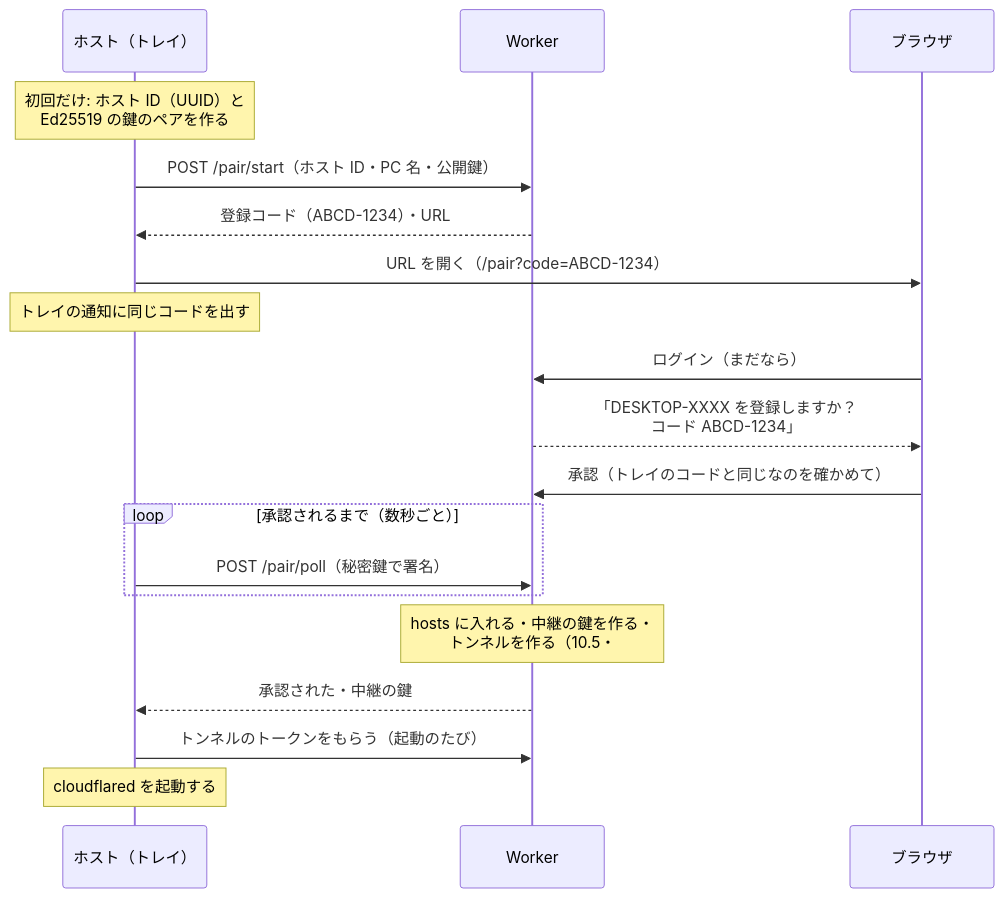
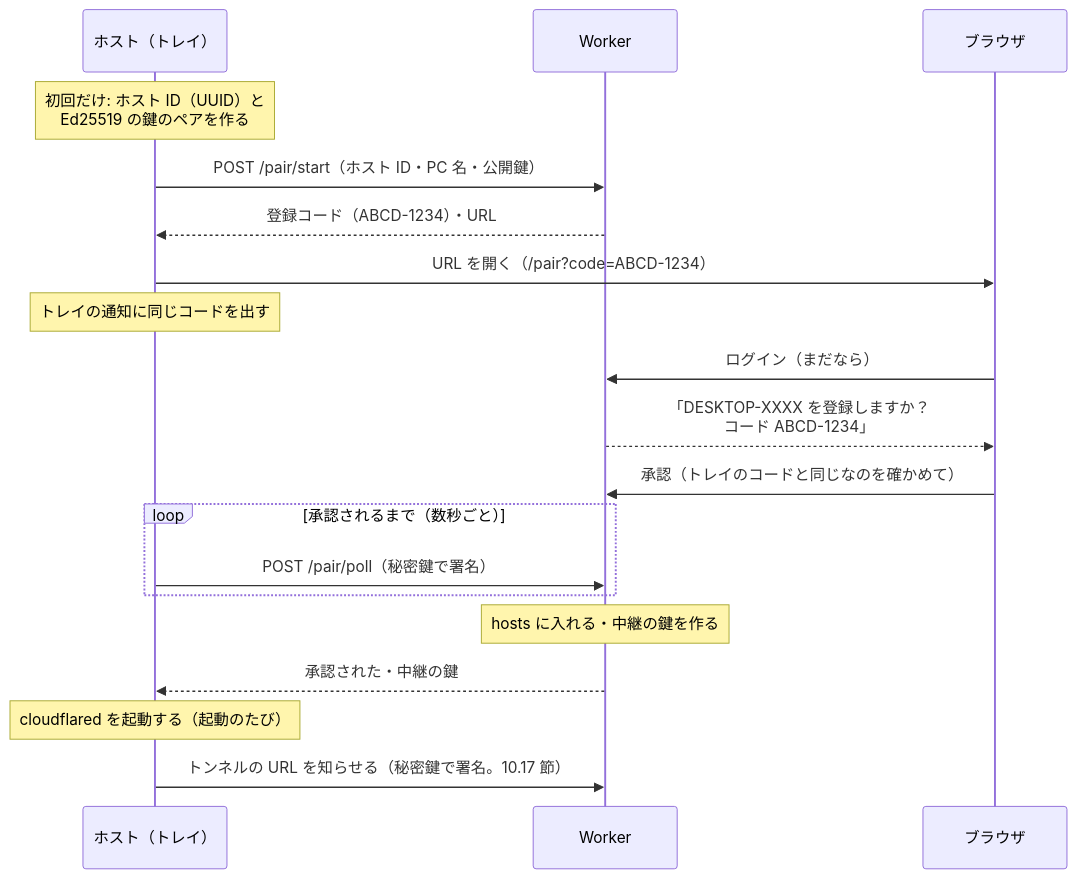
The second of 3 diagrams in docs/spec/cloud.md (Studio-Takumi/remote-whisper), drawn with Mermaid before and after one commit. The commit also changed other lines of this file and 1 other file, not shown here.

````diff
--- a/docs/spec/cloud.md
+++ b/docs/spec/cloud.md
@@ -92,21 +97,21 @@
 ```mermaid
 sequenceDiagram
     participant T as ホスト（トレイ）
     participant W as Worker
     participant B as ブラウザ
     Note over T: 初回だけ: ホスト ID（UUID）と<br/>Ed25519 の鍵のペアを作る
     T->>W: POST /pair/start（ホスト ID・PC 名・公開鍵）
     W-->>T: 登録コード（ABCD-1234）・URL
     T->>B: URL を開く（/pair?code=ABCD-1234）
     Note over T: トレイの通知に同じコードを出す
     B->>W: ログイン（まだなら）
     W-->>B: 「DESKTOP-XXXX を登録しますか？<br/>コード ABCD-1234」
     B->>W: 承認（トレイのコードと同じなのを確かめて）
     loop 承認されるまで（数秒ごと）
         T->>W: POST /pair/poll（秘密鍵で署名）
     end
-    Note over W: hosts に入れる・中継の鍵を作る・<br/>トンネルを作る（10.5・#159）
+    Note over W: hosts に入れる・中継の鍵を作る
     W-->>T: 承認された・中継の鍵
-    T->>W: トンネルのトークンをもらう（起動のたび）
-    Note over T: cloudflared を起動する
+    Note over T: cloudflared を起動する（起動のたび）
+    T->>W: トンネルの URL を知らせる（秘密鍵で署名。10.17 節）
 ```
````
